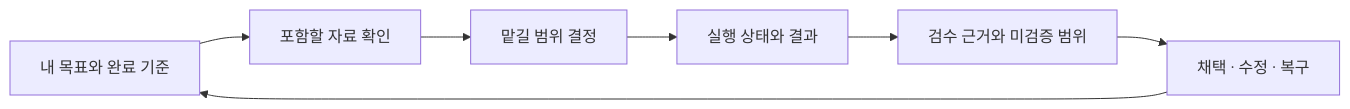
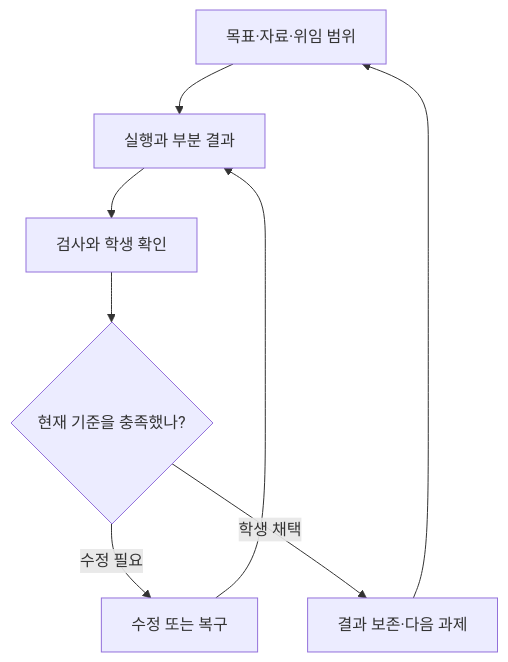
The diagram in docs/design/learning-agent-experience.md (jayleekr/hypeproof-studio), drawn with Mermaid before and after one commit. The commit also changed other lines of this file and 5 other files, not shown here.

````diff
--- a/docs/design/learning-agent-experience.md
+++ b/docs/design/learning-agent-experience.md
@@ -34,9 +117,10 @@
 ```mermaid
-flowchart LR
-  I[내 목표와 완료 기준] --> C[포함할 자료 확인]
-  C --> D[맡길 범위 결정]
-  D --> A[실행 상태와 결과]
-  A --> V[검수 근거와 미검증 범위]
-  V --> O[채택 · 수정 · 복구]
+flowchart TD
+  I["목표·자료·위임 범위"] --> A["실행과 부분 결과"]
+  A --> V["검사와 학생 확인"]
+  V --> D{"현재 기준을 충족했나?"}
+  D -->|수정 필요| R["수정 또는 복구"]
+  R --> A
+  D -->|학생 채택| O["결과 보존·다음 과제"]
   O --> I
 ```
````
